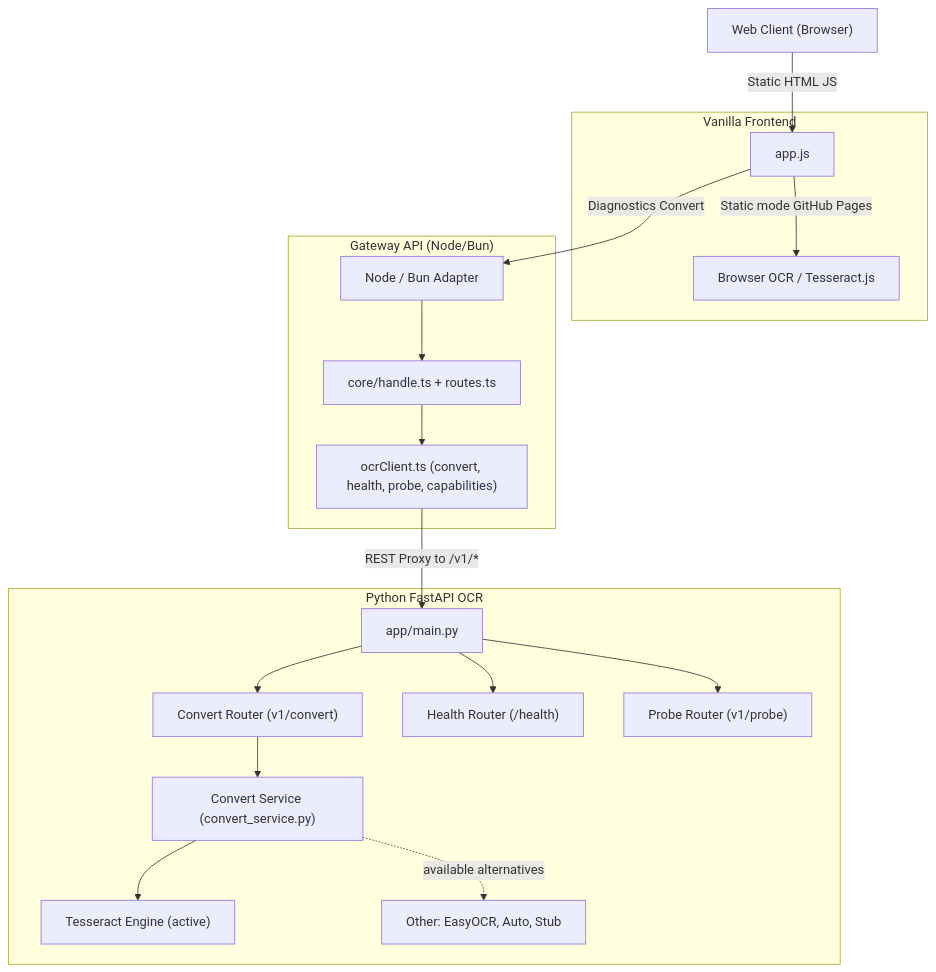
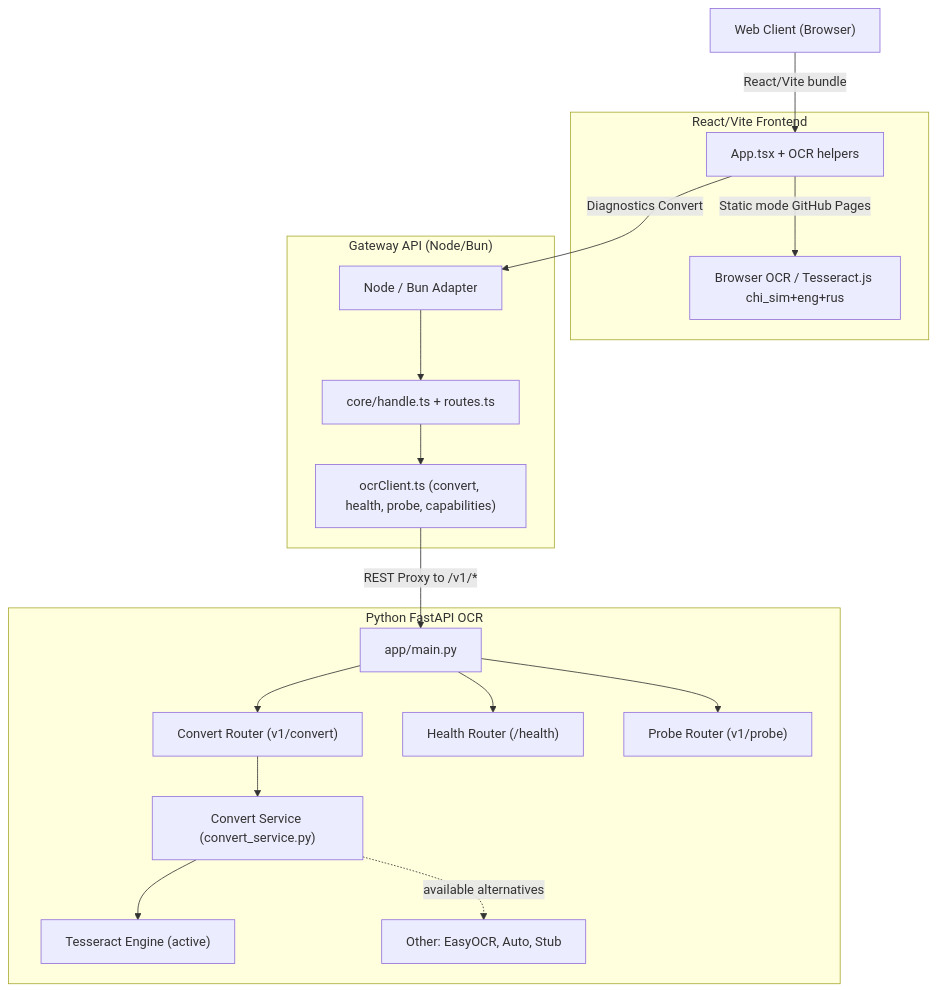
One commit to AI-paca/IttM changed the diagram in README.md. Above: the diagram before and after it, drawn with Mermaid. The commit also changed other lines of this file and 45 other files, not shown here.

````diff
--- a/README.md
+++ b/README.md
@@ -23,40 +77,40 @@
 ```mermaid
 graph TD
     Client["Web Client (Browser)"]
-    
-    subgraph Frontend ["Vanilla Frontend"]
-        UI["app.js"]
-        BrowserEngine["Browser OCR / Tesseract.js"]
+
+    subgraph Frontend ["React/Vite Frontend"]
+        UI["App.tsx + OCR helpers"]
+        BrowserEngine["Browser OCR / Tesseract.js chi_sim+eng+rus"]
     end
-    
+
     subgraph Gateway ["Gateway API (Node/Bun)"]
         Adapter["Node / Bun Adapter"]
         Core["core/handle.ts + routes.ts"]
         OCRClient["ocrClient.ts (convert, health, probe, capabilities)"]
     end
-    
+
     subgraph Backend ["Python FastAPI OCR"]
         FastAPI["app/main.py"]
         ConvertRouter["Convert Router (v1/convert)"]
         HealthRouter["Health Router (/health)"]
         ProbeRouter["Probe Router (v1/probe)"]
         Service["Convert Service (convert_service.py)"]
         TesseractEngine["Tesseract Engine (active)"]
         AvailableEngines["Other: EasyOCR, Auto, Stub"]
     end
-    
-    Client -->|Static HTML JS| UI
+
+    Client -->|React/Vite bundle| UI
     UI -->|Static mode GitHub Pages| BrowserEngine
     UI -->|Diagnostics Convert| Adapter
-    
+
     Adapter --> Core
     Core --> OCRClient
     OCRClient -->|REST Proxy to /v1/*| FastAPI
-    
+
     FastAPI --> ConvertRouter
     FastAPI --> HealthRouter
     FastAPI --> ProbeRouter
     ConvertRouter --> Service
     Service --> TesseractEngine
     Service -.->|available alternatives| AvailableEngines
 ```
````
